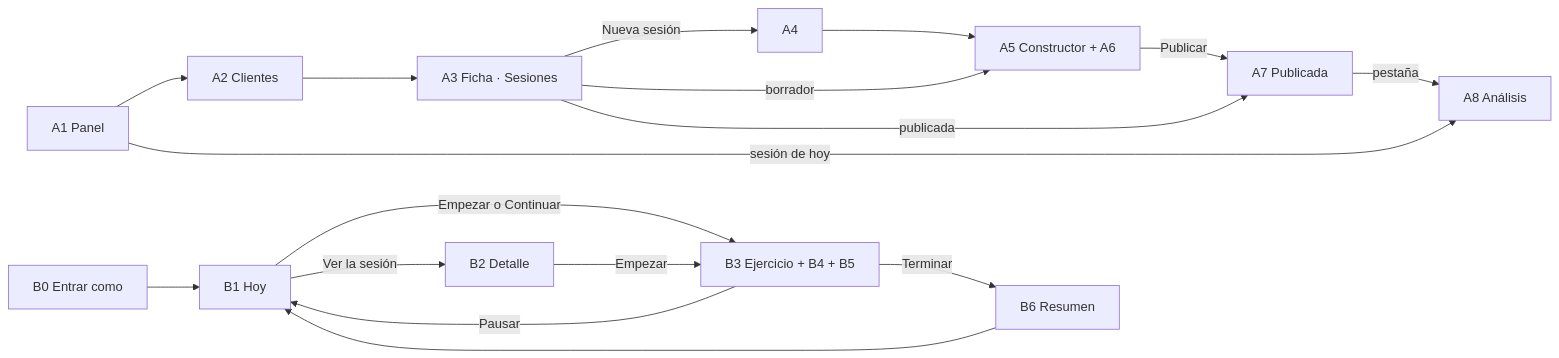
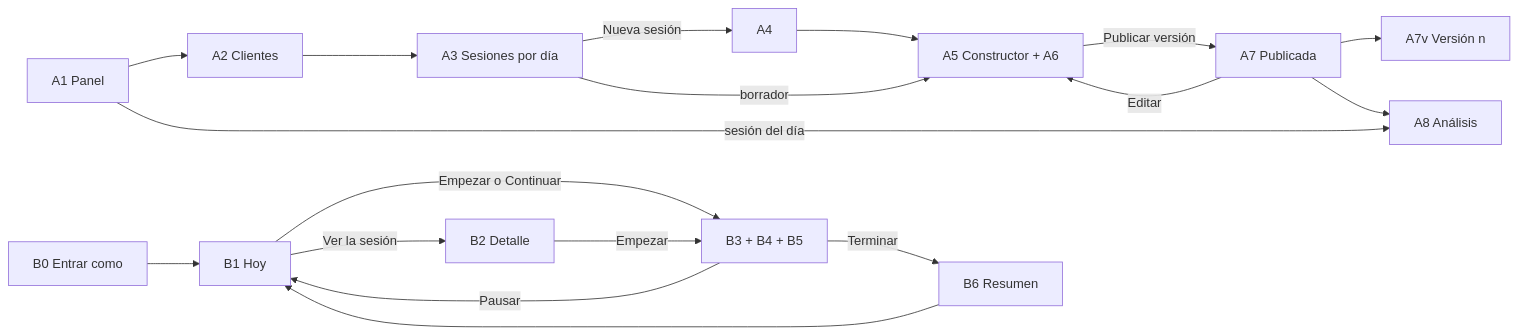
The second of 3 diagrams in docs/V1_SPEC.md (davidperez29-jpg/david), drawn with Mermaid before and after one commit. The commit also changed other lines of this file and 9 other files, not shown here.

````diff
--- a/docs/V1_SPEC.md
+++ b/docs/V1_SPEC.md
@@ -88,15 +96,17 @@
 ```mermaid
 flowchart LR
-  A1[A1 Panel] --> A2[A2 Clientes] --> A3[A3 Ficha · Sesiones]
-  A1 -->|sesión de hoy| A8
+  A1[A1 Panel] --> A2[A2 Clientes] --> A3[A3 Sesiones por día]
+  A1 -->|sesión del día| A8
   A3 -->|Nueva sesión| A4 --> A5[A5 Constructor + A6]
   A3 -->|borrador| A5
-  A5 -->|Publicar| A7[A7 Publicada] -->|pestaña| A8[A8 Análisis]
-  A3 -->|publicada| A7
+  A5 -->|Publicar versión| A7[A7 Publicada]
+  A7 -->|Editar| A5
+  A7 --> A7v[A7v Versión n]
+  A7 --> A8[A8 Análisis]
   B0[B0 Entrar como] --> B1[B1 Hoy]
-  B1 -->|Empezar o Continuar| B3[B3 Ejercicio + B4 + B5]
+  B1 -->|Empezar o Continuar| B3[B3 + B4 + B5]
   B1 -->|Ver la sesión| B2[B2 Detalle]
   B2 -->|Empezar| B3
   B3 -->|Pausar| B1
   B3 -->|Terminar| B6[B6 Resumen] --> B1
 ```
````
